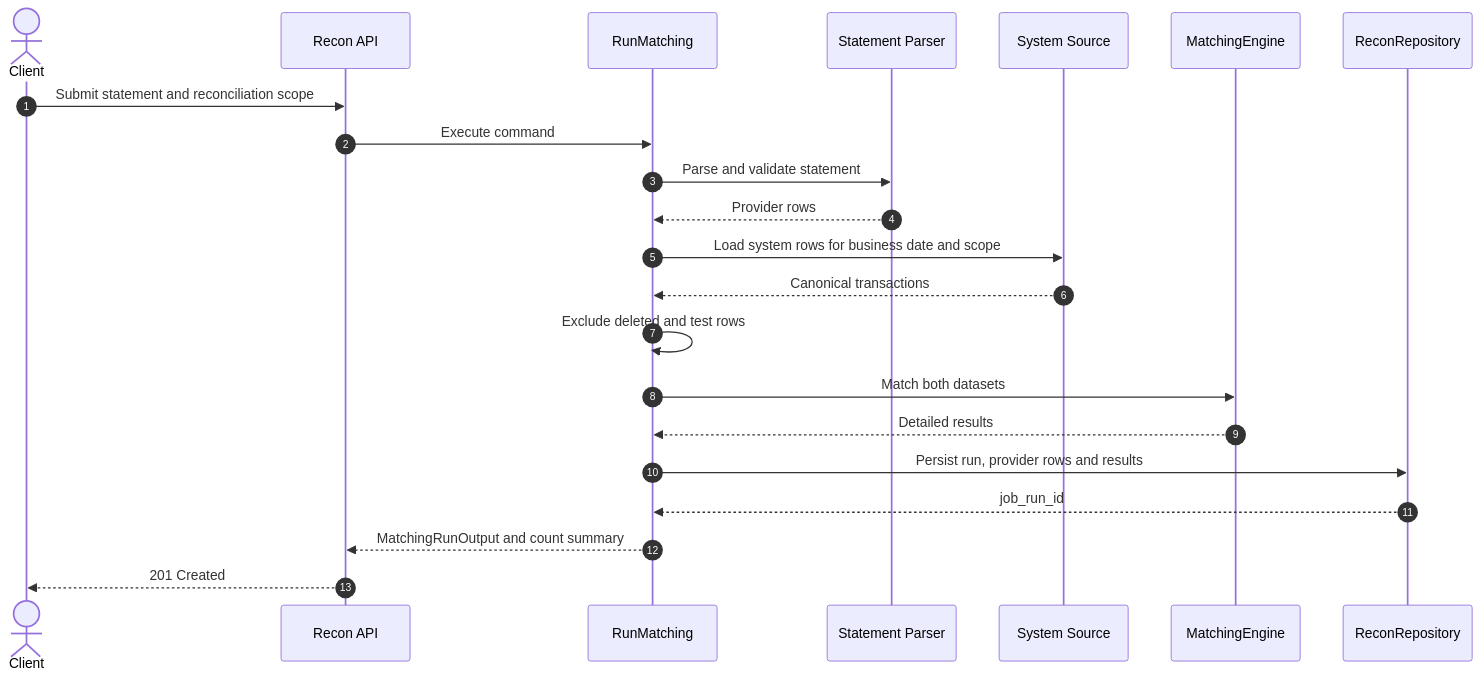
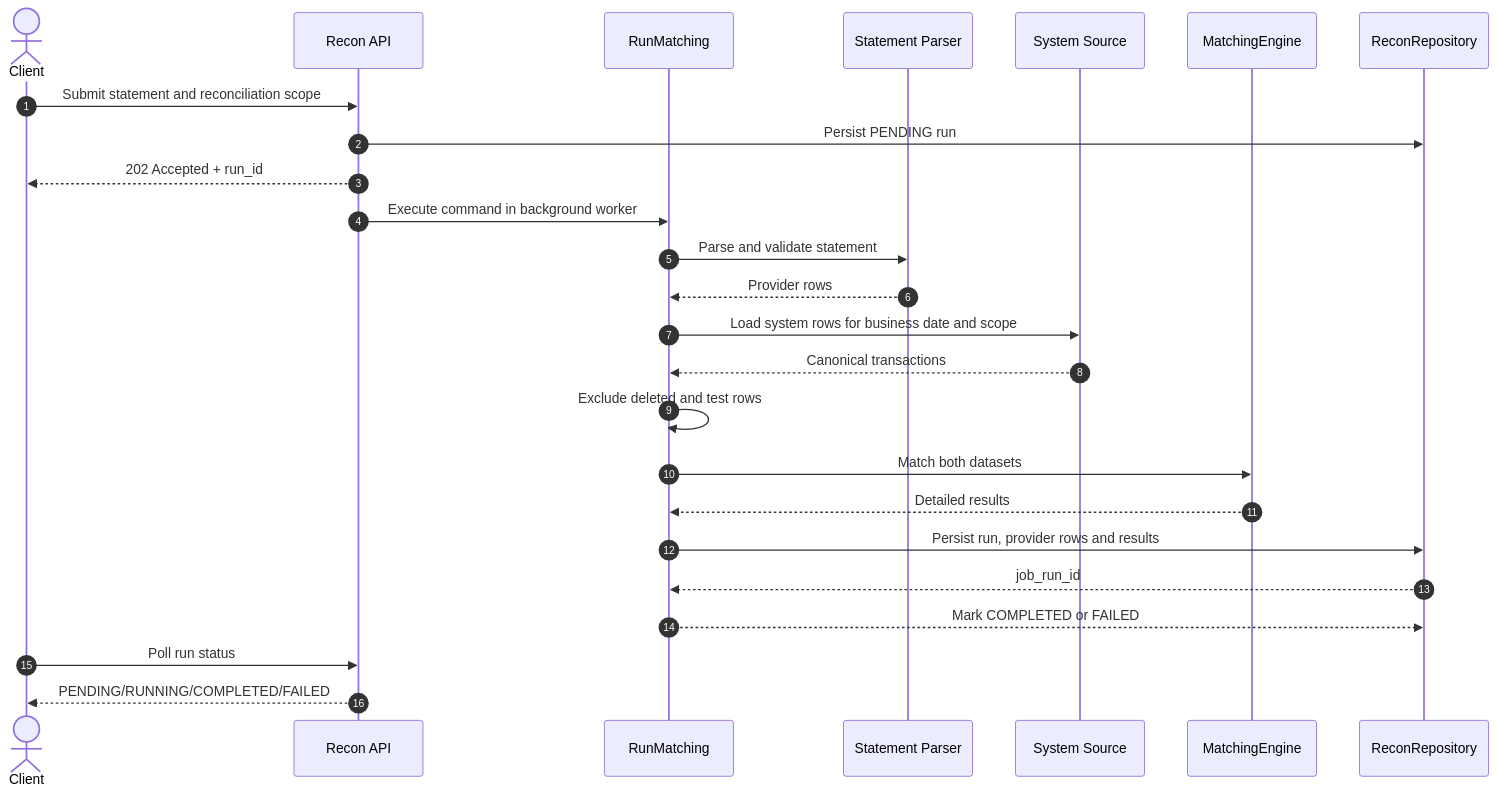
Before and after one commit to huuthang-0809/PaymentHub: the diagram in docs/features/reconciliation/f03-reconciliation-application-pipeline.md, drawn with Mermaid. The commit also changed other lines of this file and 20 other files, not shown here.

````diff
--- a/docs/features/reconciliation/f03-reconciliation-application-pipeline.md
+++ b/docs/features/reconciliation/f03-reconciliation-application-pipeline.md
@@ -34,25 +37,28 @@
 ```mermaid
 sequenceDiagram
     autonumber
     actor Client
     participant API as Recon API
     participant UseCase as RunMatching
     participant Parser as Statement Parser
     participant Source as System Source
     participant Engine as MatchingEngine
     participant Repo as ReconRepository
 
     Client->>API: Submit statement and reconciliation scope
-    API->>UseCase: Execute command
+    API->>Repo: Persist PENDING run
+    API-->>Client: 202 Accepted + run_id
+    API->>UseCase: Execute command in background worker
     UseCase->>Parser: Parse and validate statement
     Parser-->>UseCase: Provider rows
     UseCase->>Source: Load system rows for business date and scope
     Source-->>UseCase: Canonical transactions
     UseCase->>UseCase: Exclude deleted and test rows
     UseCase->>Engine: Match both datasets
     Engine-->>UseCase: Detailed results
     UseCase->>Repo: Persist run, provider rows and results
     Repo-->>UseCase: job_run_id
-    UseCase-->>API: MatchingRunOutput and count summary
-    API-->>Client: 201 Created
+    UseCase-->>Repo: Mark COMPLETED or FAILED
+    Client->>API: Poll run status
+    API-->>Client: PENDING/RUNNING/COMPLETED/FAILED
 ```
````
